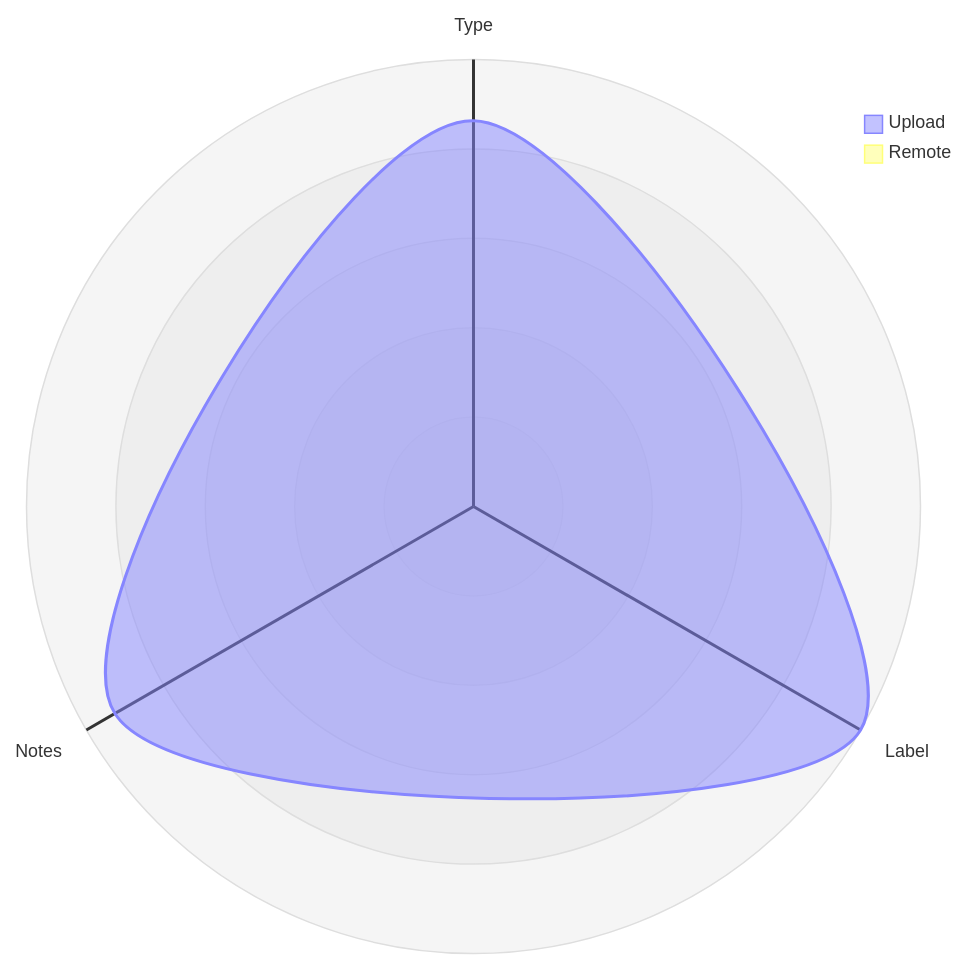
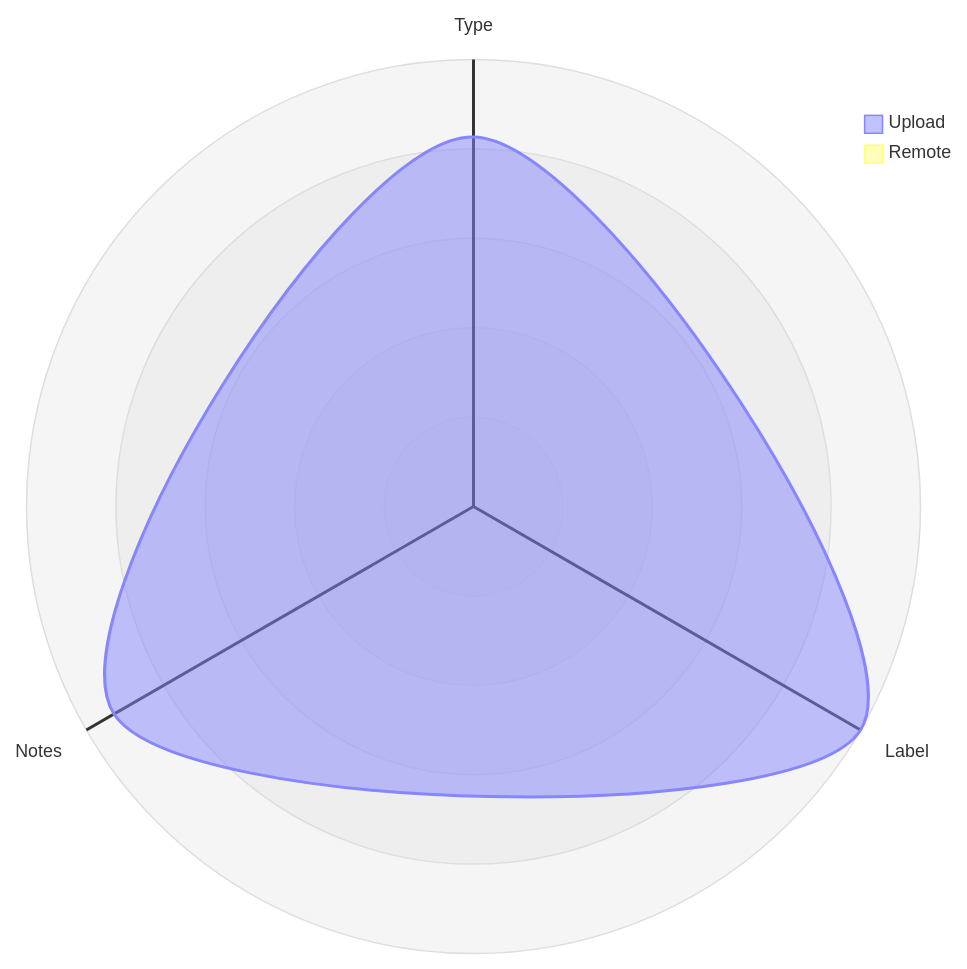
The third of 5 diagrams in datastore_tracker/README.md (open-data/analytics-corporate-reporting), drawn with Mermaid before and after one commit. The commit also changed 4 other files, not shown here.

````diff
--- a/datastore_tracker/README.md
+++ b/datastore_tracker/README.md
@@ -106,12 +106,12 @@
 ```mermaid
 radar-beta
   axis T["Type"], L["Label"], N["Notes"]
-  curve u["Upload"]{0.00082, 0.00095, 0.00088}
+  curve u["Upload"]{0.00081, 0.00098, 0.00091}
   curve r["Remote"]{0, 0, 0}
 
   showLegend true
 
   min 0
   graticule circle
   ticks 5
 ```
````
